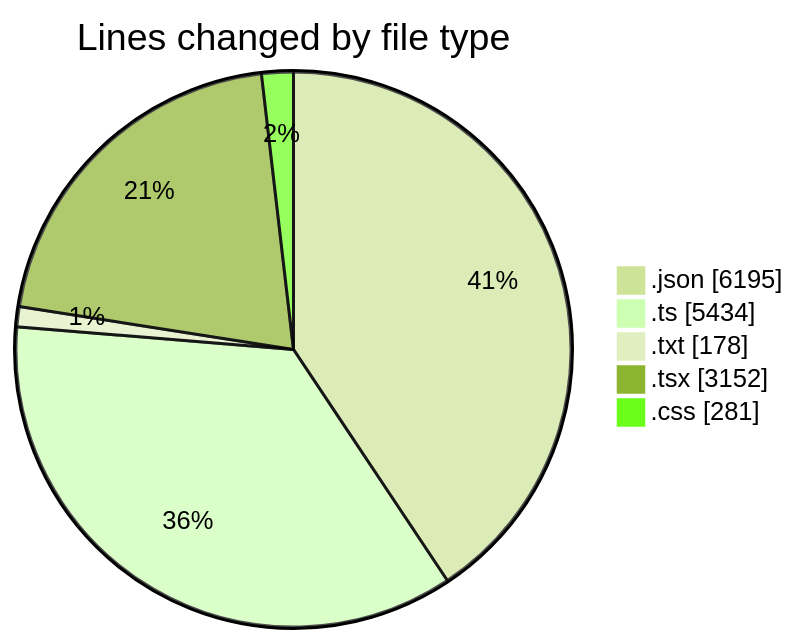
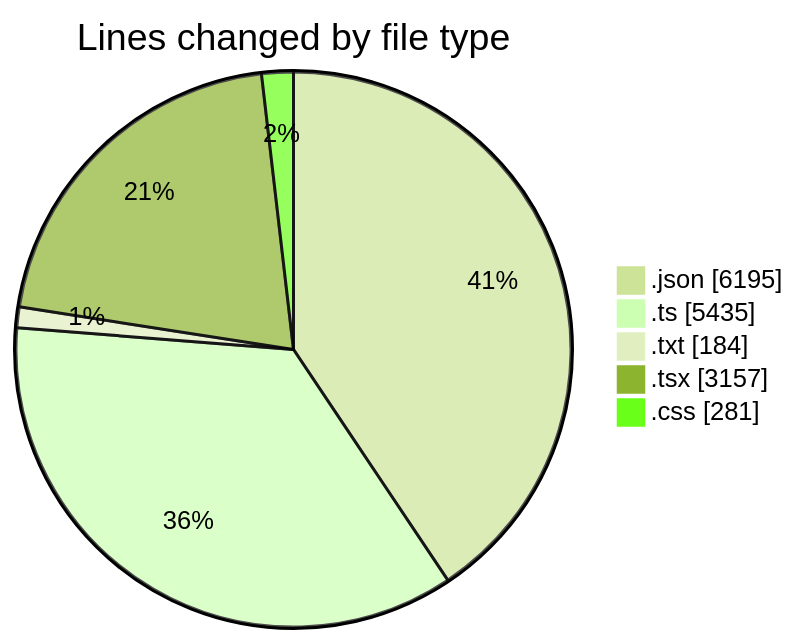
One commit to CELIANVF/code-tracking changed the first of 2 diagrams in 2025-05-27/ecodeli-1/README.md. Above: the diagram before and after it, drawn with Mermaid (forest theme). The commit also changed other lines of this file and 1 other file, not shown here.

````diff
--- a/2025-05-27/ecodeli-1/README.md
+++ b/2025-05-27/ecodeli-1/README.md
@@ -38,9 +38,9 @@
 ```mermaid
 pie showData
 title Lines changed by file type
 ".json" : 6195
-".ts" : 5434
-".txt" : 178
-".tsx" : 3152
+".ts" : 5435
+".txt" : 184
+".tsx" : 3157
 ".css" : 281
 ```
````
